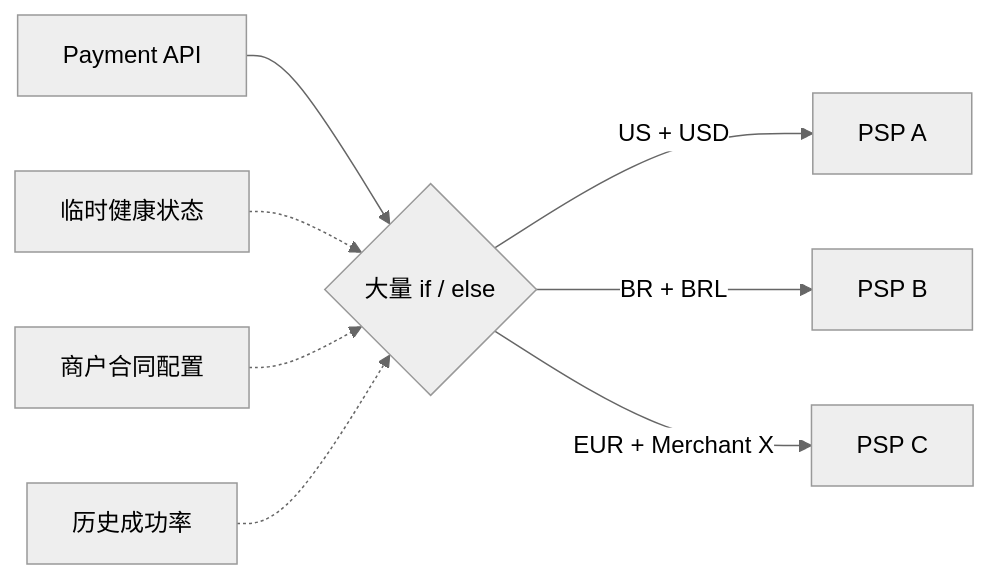
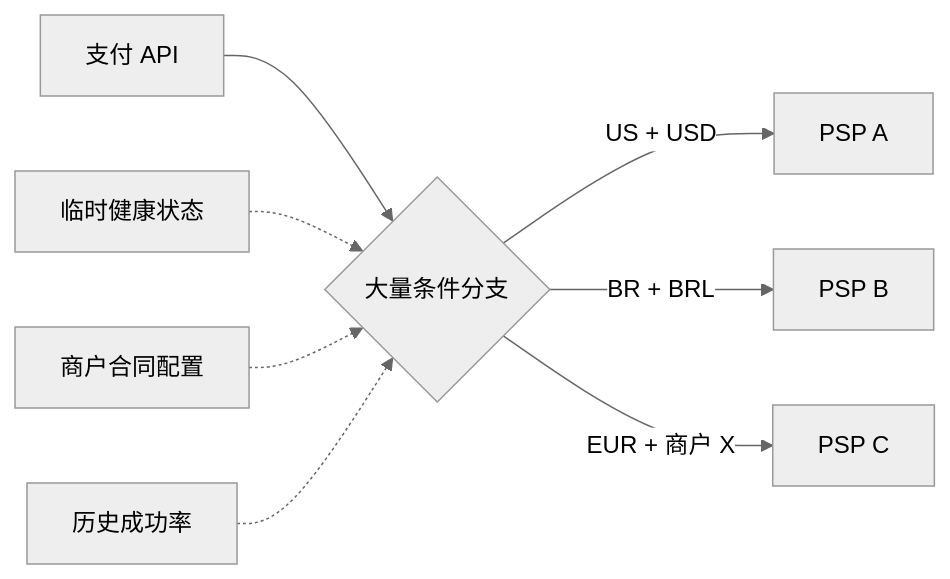
One commit to YouEclipse/Designing-Modern-Payment-Systems changed the second of 4 diagrams in part-1-foundations/why-payment-routing.md. Above: the diagram before and after it, drawn with Mermaid (neutral theme). The commit also changed other lines of this file and 59 other files, not shown here.

````diff
--- a/part-1-foundations/why-payment-routing.md
+++ b/part-1-foundations/why-payment-routing.md
@@ -177,10 +177,10 @@
 ```mermaid
 flowchart LR
-    PaymentAPI["Payment API"] --> Conditions{"大量 if / else"}
+    PaymentAPI["支付 API"] --> Conditions{"大量条件分支"}
     Conditions -->|"US + USD"| PSPA["PSP A"]
     Conditions -->|"BR + BRL"| PSPB["PSP B"]
-    Conditions -->|"EUR + Merchant X"| PSPC["PSP C"]
+    Conditions -->|"EUR + 商户 X"| PSPC["PSP C"]
     Health["临时健康状态"] -.-> Conditions
     Contracts["商户合同配置"] -.-> Conditions
     Metrics["历史成功率"] -.-> Conditions
 ```
````
